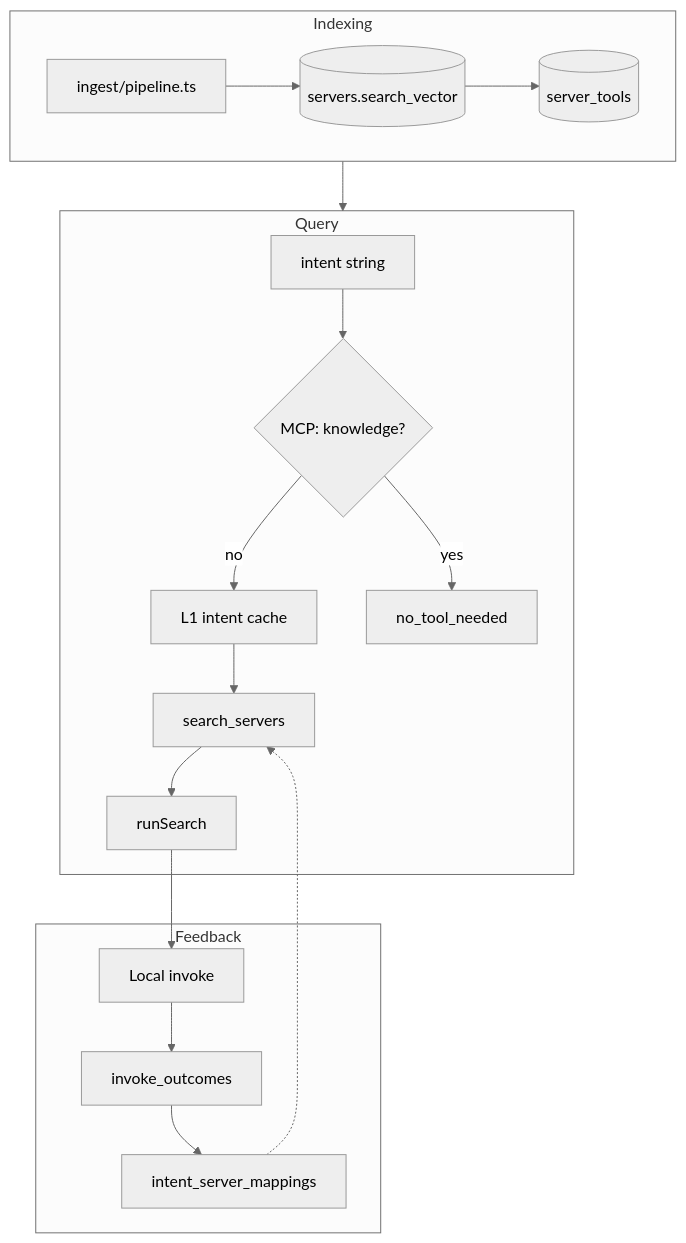
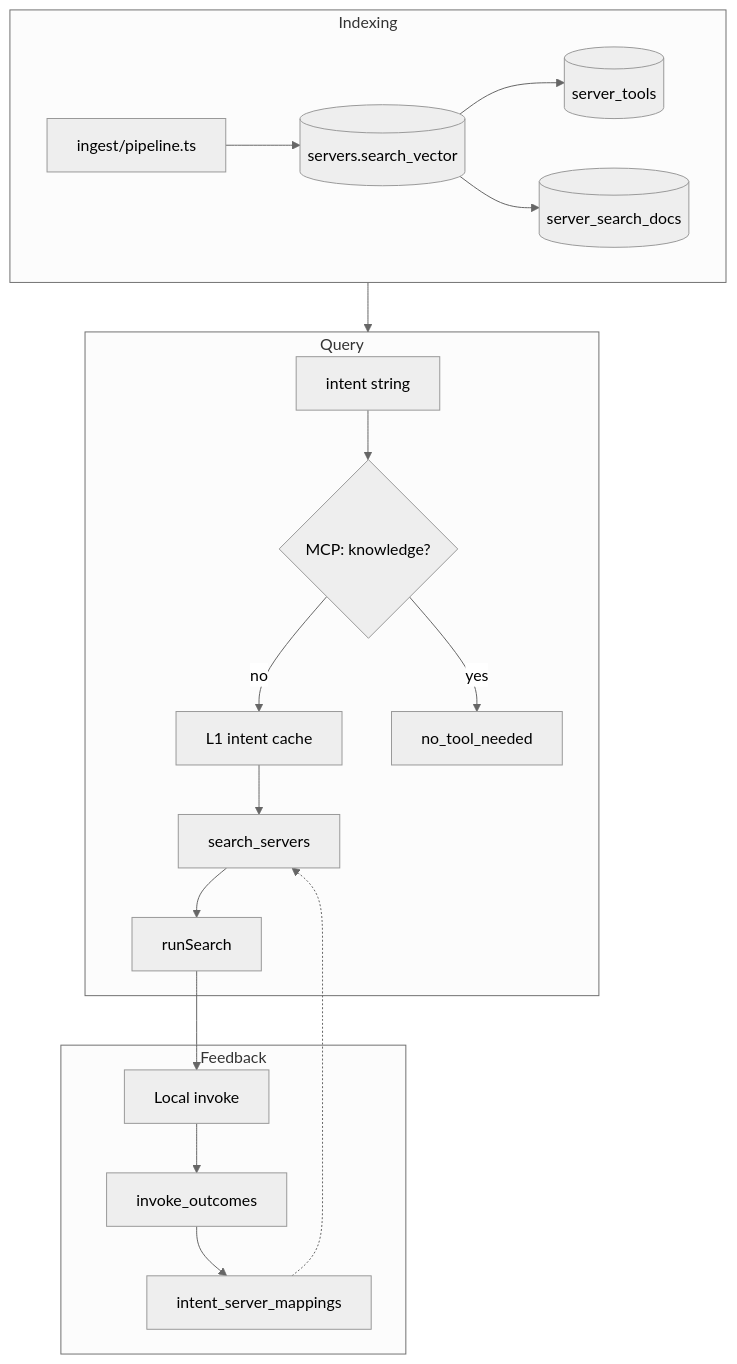
Before and after one commit to akins-dev/Relay: the diagram in docs/SEARCH_PIPELINE.md, drawn with Mermaid (neutral theme). The commit also changed other lines of this file and 32 other files, not shown here.

````diff
--- a/docs/SEARCH_PIPELINE.md
+++ b/docs/SEARCH_PIPELINE.md
@@ -26,31 +26,33 @@
 ```mermaid
 flowchart TB
   subgraph index [Indexing]
     Ingest[ingest/pipeline.ts]
     Servers[(servers.search_vector)]
     Tools[(server_tools)]
+    Docs[(server_search_docs)]
     Ingest --> Servers --> Tools
+    Servers --> Docs
   end
 
   subgraph query [Query]
     Intent[intent string]
     Gate{MCP: knowledge?}
     Cache[L1 intent cache]
     RPC[search_servers]
     App[runSearch]
     Intent --> Gate
     Gate -->|yes| Skip[no_tool_needed]
     Gate -->|no| Cache --> RPC --> App
   end
 
   subgraph learn [Feedback]
     Invoke[Local invoke]
     Outcome[invoke_outcomes]
     ISM[intent_server_mappings]
     Invoke --> Outcome --> ISM
     ISM -.-> RPC
   end
 
   index --> query
   App --> Invoke
 ```
````
